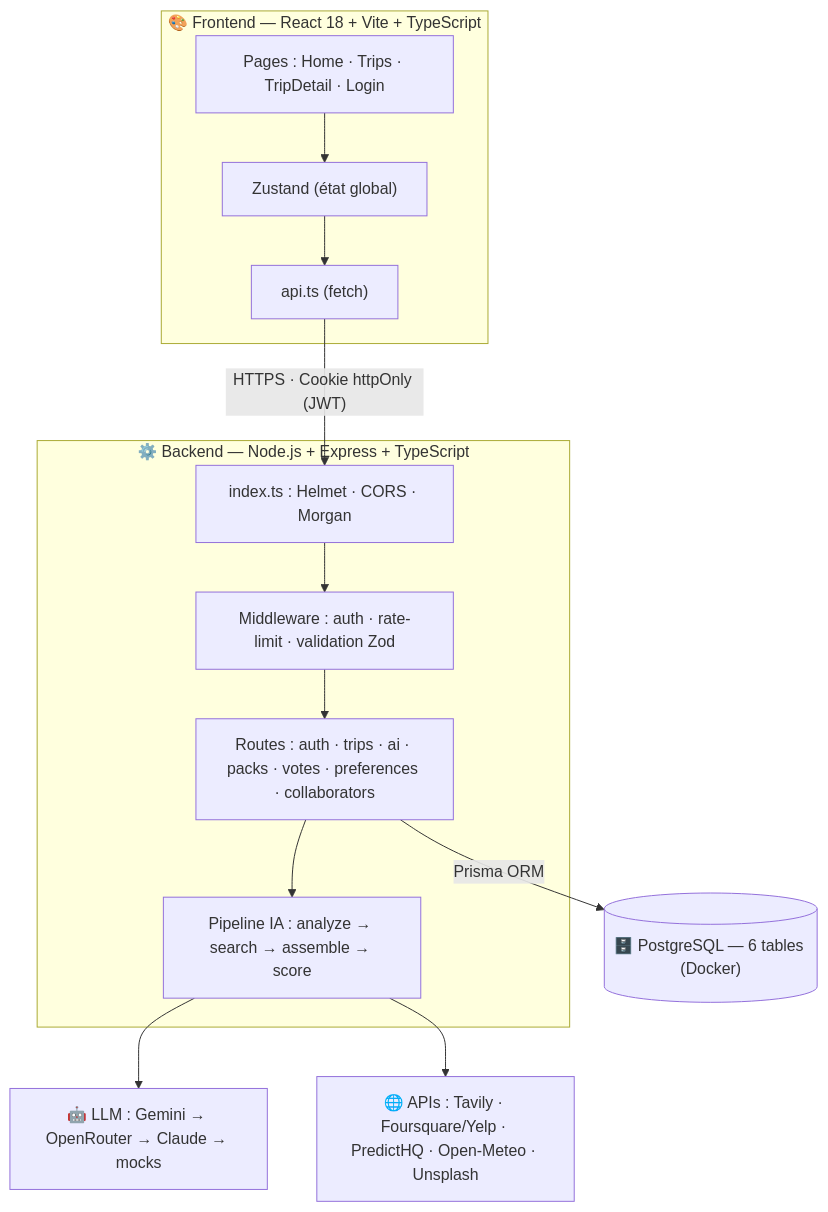
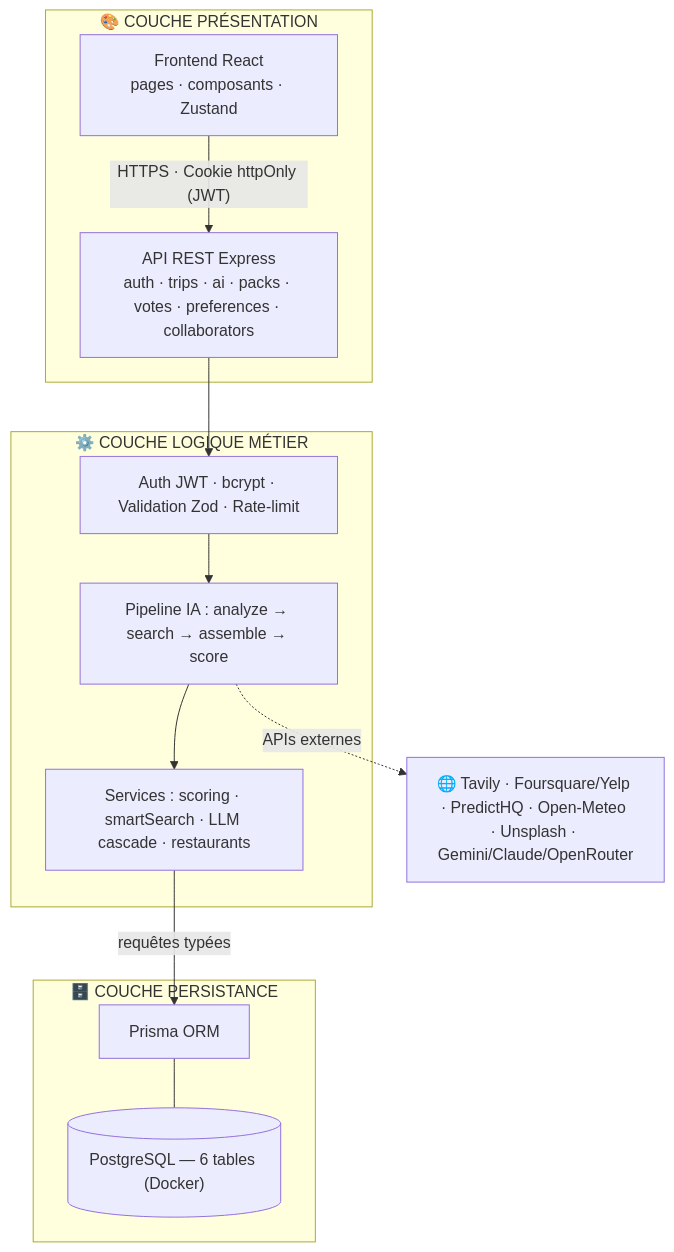
Before and after one commit to loties1533/tripgenie-app: the first of 4 diagrams in README.md, drawn with Mermaid. The commit also changed other lines of this file, not shown here.

Commit message:
docs: README à jour (Prisma + diagrammes Mermaid)

````diff
--- a/README.md
+++ b/README.md
@@ -76,15 +76,21 @@
 ```mermaid
 flowchart TB
-    subgraph Frontend["🎨 Frontend — React 18 + Vite + TypeScript"]
-        Pages["Pages : Home · Trips · TripDetail · Login"] --> Store["Zustand (état global)"] --> Api["api.ts (fetch)"]
+    subgraph PRES["🎨 COUCHE PRÉSENTATION"]
+        UI["Frontend React<br/>pages · composants · Zustand"]
+        REST["API REST Express<br/>auth · trips · ai · packs · votes · preferences · collaborators"]
     end
-    Api -->|"HTTPS · Cookie httpOnly (JWT)"| Index
-    subgraph Backend["⚙️ Backend — Node.js + Express + TypeScript"]
-        Index["index.ts : Helmet · CORS · Morgan"] --> Middleware["Middleware : auth · rate-limit · validation Zod"]
-        Middleware --> Routes["Routes : auth · trips · ai · packs · votes · preferences · collaborators"]
-        Routes --> Pipeline["Pipeline IA : analyze → search → assemble → score"]
+    subgraph LOGIC["⚙️ COUCHE LOGIQUE MÉTIER"]
+        Sec["Auth JWT · bcrypt · Validation Zod · Rate-limit"]
+        Pipe["Pipeline IA : analyze → search → assemble → score"]
+        Svc["Services : scoring · smartSearch · LLM cascade · restaurants"]
     end
-    Pipeline --> LLM["🤖 LLM : Gemini → OpenRouter → Claude → mocks"]
-    Pipeline --> Externes["🌐 APIs : Tavily · Foursquare/Yelp · PredictHQ · Open-Meteo · Unsplash"]
-    Routes -->|"Prisma ORM"| DB[("🗄️ PostgreSQL — 6 tables (Docker)")]
+    subgraph PERS["🗄️ COUCHE PERSISTANCE"]
+        ORM["Prisma ORM"]
+        DB[("PostgreSQL — 6 tables (Docker)")]
+    end
+    UI -->|"HTTPS · Cookie httpOnly (JWT)"| REST
+    REST --> Sec --> Pipe --> Svc
+    Svc -->|"requêtes typées"| ORM
+    ORM --- DB
+    Pipe -.->|"APIs externes"| EXT["🌐 Tavily · Foursquare/Yelp · PredictHQ · Open-Meteo · Unsplash · Gemini/Claude/OpenRouter"]
 ```
````
